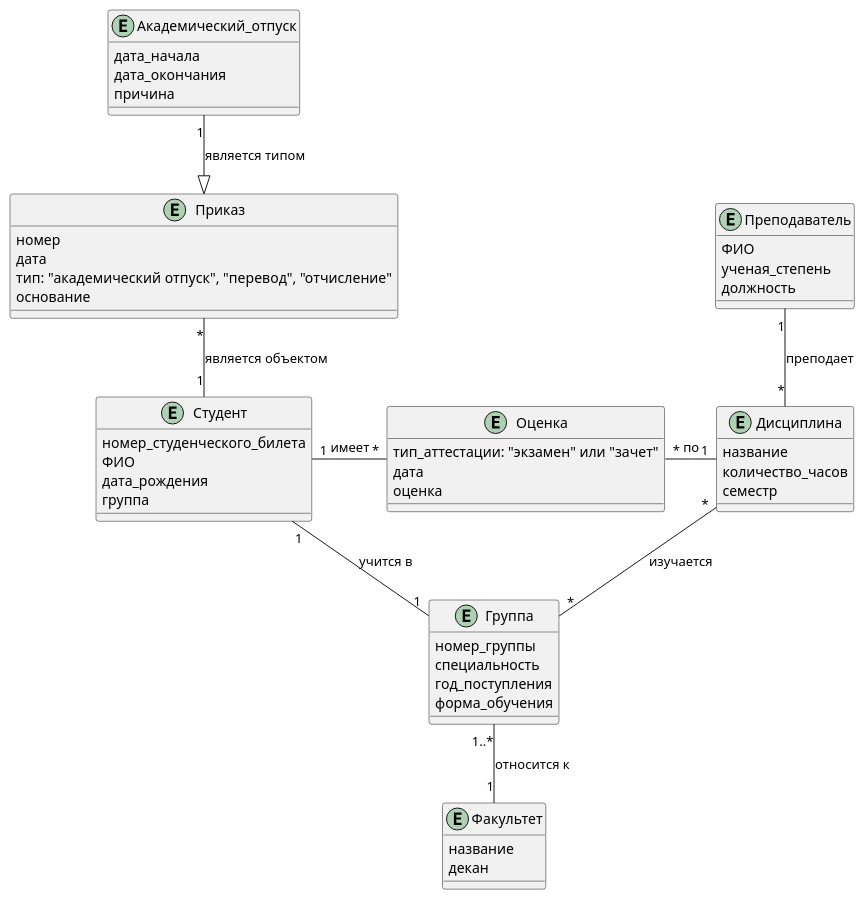
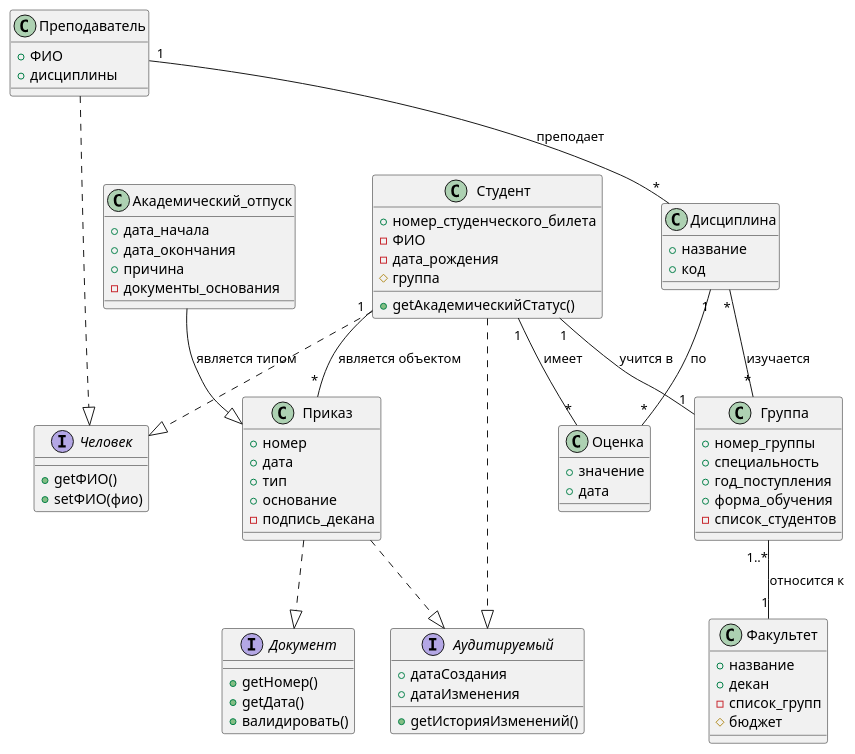
The diagram in Dekan/diagrams/Subject_area_model.puml (penamarth/bsbo-03-23_team1_var4_dekanat), drawn with PlantUML before and after one commit.

```diff
--- a/Dekan/diagrams/Subject_area_model.puml
+++ b/Dekan/diagrams/Subject_area_model.puml
@@ -1,66 +1,80 @@
 @startuml
-
-entity Студент {
-    номер_студенческого_билета
-    ФИО
-    дата_рождения
-    группа
+interface Человек {
+    +getФИО()
+    +setФИО(фио)
+}
+interface Документ {
+    +getНомер()
+    +getДата()
+    +валидировать()
+}
+interface Аудитируемый {
+    +датаСоздания
+    +датаИзменения
+    +getИсторияИзменений()
 }
 
-entity Группа {
-    номер_группы
-    специальность
-    год_поступления
-    форма_обучения
+class Студент {
+    +номер_студенческого_билета
+    -ФИО
+    -дата_рождения
+    #группа
+    +getАкадемическийСтатус()
+}
+class Группа {
+    +номер_группы
+    +специальность
+    +год_поступления
+    +форма_обучения
+    -список_студентов
+}
+class Факультет {
+    +название
+    +декан
+    -список_групп
+    #бюджет
+}
+class Преподаватель {
+    +ФИО
+    +дисциплины
+}
+class Оценка {
+    +значение
+    +дата
+}
+class Дисциплина {
+    +название
+    +код
+}
+class Приказ {
+    +номер
+    +дата
+    +тип
+    +основание
+    -подпись_декана
+}
+class Академический_отпуск {
+    +дата_начала
+    +дата_окончания
+    +причина
+    -документы_основания
 }
 
-entity Факультет {
-    название
-    декан
-}
+' Реализация интерфейсов (пунктирные стрелки)
+Студент ..|> Человек
+Студент ..|> Аудитируемый
+Преподаватель ..|> Человек
+Приказ ..|> Документ
+Приказ ..|> Аудитируемый
 
-entity Дисциплина {
-    название
-    количество_часов
-    семестр
-}
-
-entity Оценка {
-    тип_аттестации: "экзамен" или "зачет"
-    дата
-    оценка
-}
-
-entity Преподаватель {
-    ФИО
-    ученая_степень
-    должность
-}
-
-entity Приказ {
-    номер
-    дата
-    тип: "академический отпуск", "перевод", "отчисление"
-    основание
-}
-
-entity Академический_отпуск {
-    дата_начала
-    дата_окончания
-    причина
-}
-
-Студент "1" -right- "1" Группа : учится в
-Группа "1..*" -down- "1" Факультет : относится к
-
-Студент "1" -right- "*" Оценка : имеет
-Дисциплина "1" -left- "*" Оценка : по
-
-Преподаватель "1" -down- "*" Дисциплина : преподает
-
-Студент "1" -up- "*" Приказ : является объектом
-Академический_отпуск "1" --|> Приказ : является типом
-
-Дисциплина "*" -down- "*" Группа : изучается
+' Связи между сущностями
+Студент "1" -- "1" Группа : учится в
+Группа "1..*" -- "1" Факультет : относится к
+Студент "1" -- "*" Оценка : имеет
+Дисциплина "1" -- "*" Оценка : по
+Преподаватель "1" -- "*" Дисциплина : преподает
+Студент "1" -- "*" Приказ : является объектом
+Академический_отпуск --|> Приказ : является типом
+Дисциплина "*" -- "*" Группа : изучается
 
 @enduml
```
